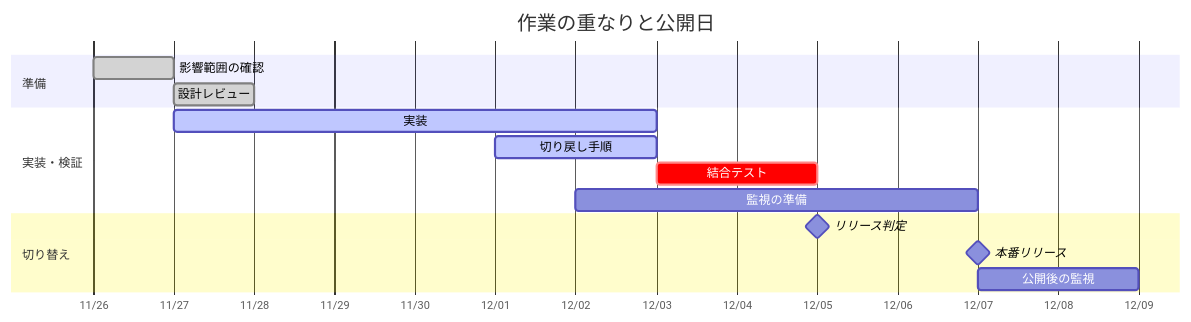
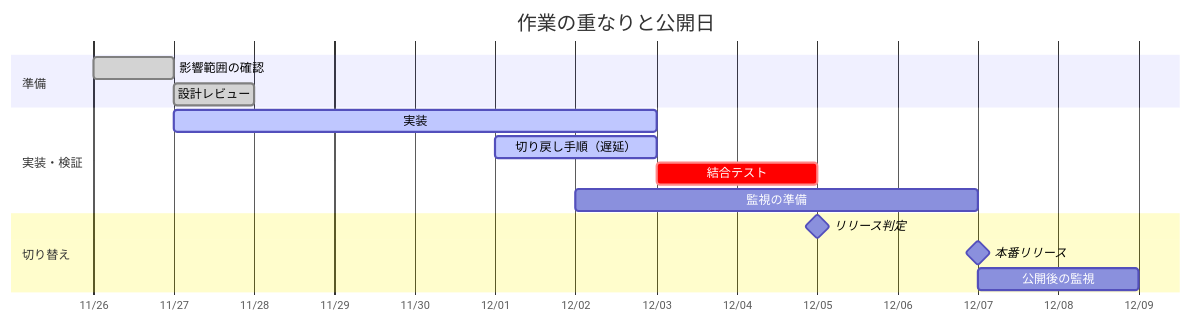
One commit to potof/kh-html-explainer changed the diagram in examples/release-schedule.md. Above: the diagram before and after it, drawn with Mermaid. The commit also changed 16 other files, not shown here.

Commit message:
Use standard Markdown and Mermaid for new explainers

````diff
--- a/examples/release-schedule.md
+++ b/examples/release-schedule.md
@@ -7,22 +7,21 @@
 ```mermaid
 gantt
     title 作業の重なりと公開日
     dateFormat YYYY-MM-DD
     axisFormat %m/%d
 
     section 準備
     影響範囲の確認 :done, scope, 2026-11-26, 1d
     設計レビュー :done, review, after scope, 1d
 
     section 実装・検証
     実装 :active, build, 2026-11-27, 6d
-    切り戻し手順 :active, backout, 2026-12-01, 2d
-    %% delayed: backout
+    切り戻し手順（遅延） :active, backout, 2026-12-01, 2d
     結合テスト :crit, test, after build review, 2d
     監視の準備 :monitor, 2026-12-02, until release
 
     section 切り替え
     リリース判定 :milestone, gate, after test backout, 0d
     本番リリース :milestone, release, 2026-12-07, 0d
     公開後の監視 :after release, 2d
 ```
````
